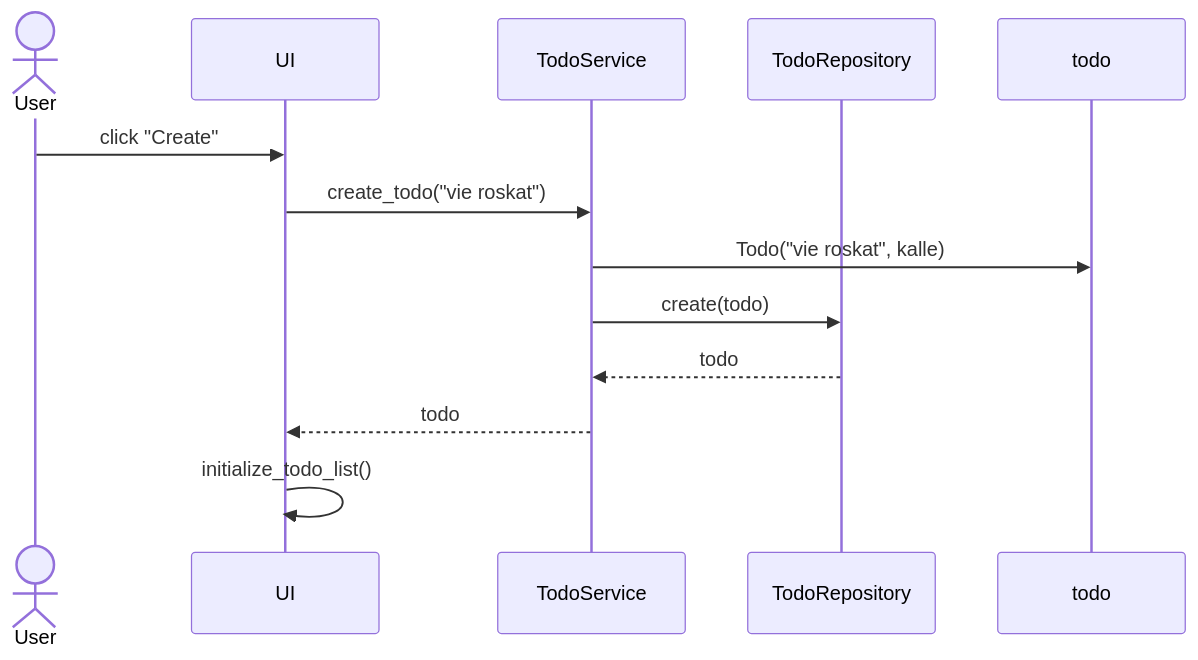
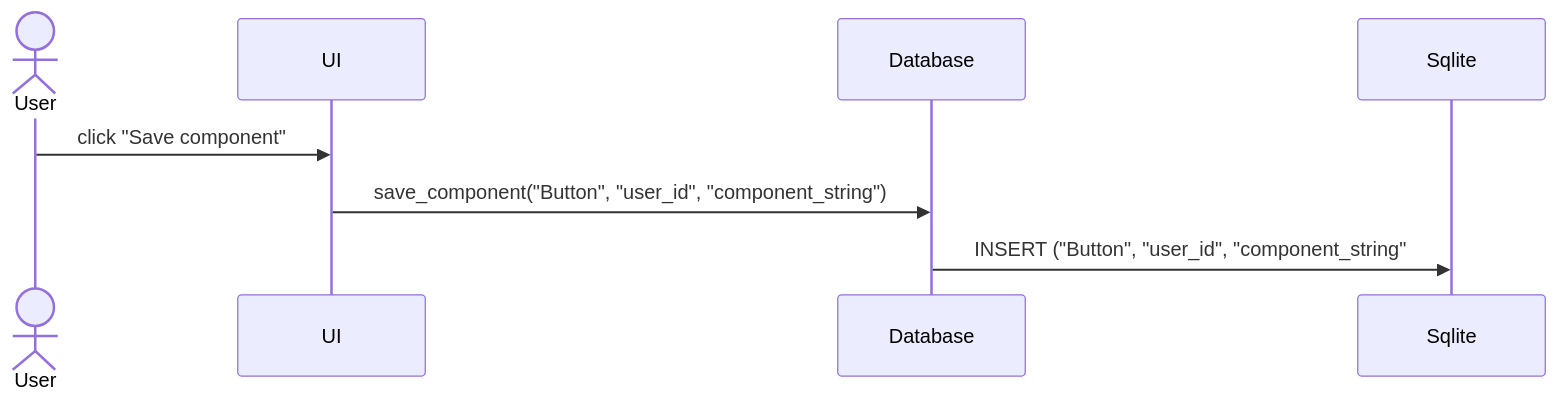
One commit to ni-eminen/ReactComponentViewer changed the sixth of 6 diagrams in documentation/architecture.md. Above: the diagram before and after it, drawn with Mermaid. The commit also changed other lines of this file and 1 other file, not shown here.

Commit message:
architecture

````diff
--- a/documentation/architecture.md
+++ b/documentation/architecture.md
@@ -155,15 +129,9 @@
 ```mermaid
 sequenceDiagram
   actor User
   participant UI
-  participant TodoService
-  participant TodoRepository
-  participant todo
-  User->>UI: click "Create"
-  UI->>TodoService: create_todo("vie roskat")
-  TodoService->>todo: Todo("vie roskat", kalle)
-  TodoService->>TodoRepository: create(todo)
-  TodoRepository-->>TodoService: todo
-  TodoService-->>UI: todo
-  UI->>UI: initialize_todo_list()
+  participant Database
+  User->>UI: click "Save component"
+  UI->>Database: save_component("Button", "user_id", "component_string")
+  Database->>Sqlite: INSERT ("Button", "user_id", "component_string"
 ```
````
